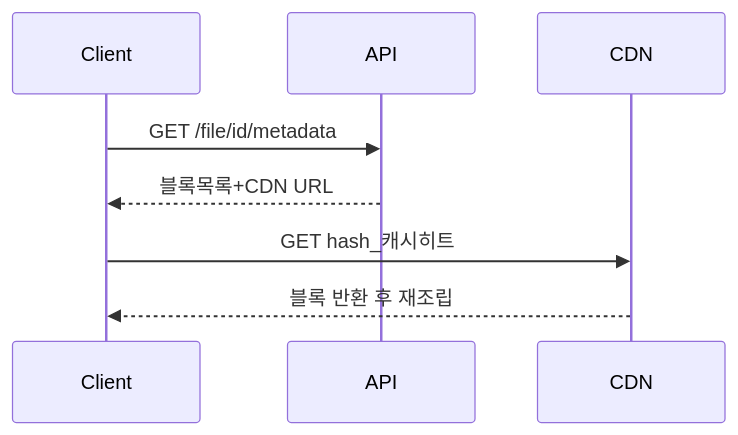
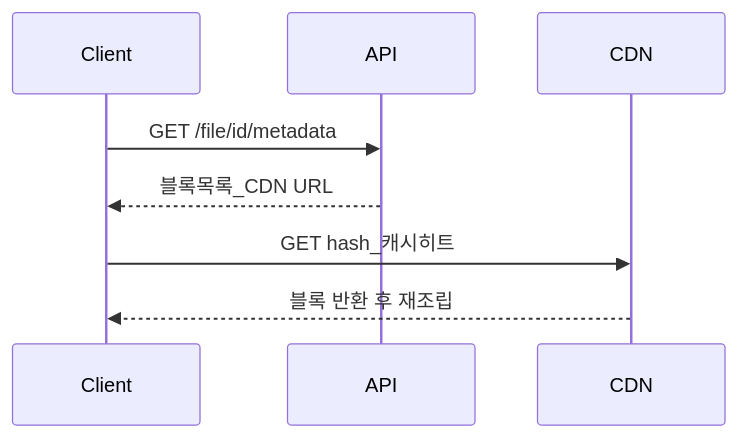
Before and after one commit to yjkim2015/yjkim2015.github.io: the third of 8 diagrams in _posts/systemdesign/2026-05-03-system-design-file-storage.md, drawn with Mermaid. The commit also changed 38 other files, not shown here.

First line of the commit message:
Mermaid 파싱 에러 최종 수정 + 화살표 간격 확대

````diff
--- a/_posts/systemdesign/2026-05-03-system-design-file-storage.md
+++ b/_posts/systemdesign/2026-05-03-system-design-file-storage.md
@@ -287,10 +287,10 @@
 ```mermaid
 sequenceDiagram
     participant C as Client
     participant API
     participant CDN
     C->>API: GET /file/id/metadata
-    API-->>C: 블록목록+CDN URL
+    API-->>C: 블록목록_CDN URL
     C->>CDN: GET hash_캐시히트
     CDN-->>C: 블록 반환 후 재조립
 ```
````
